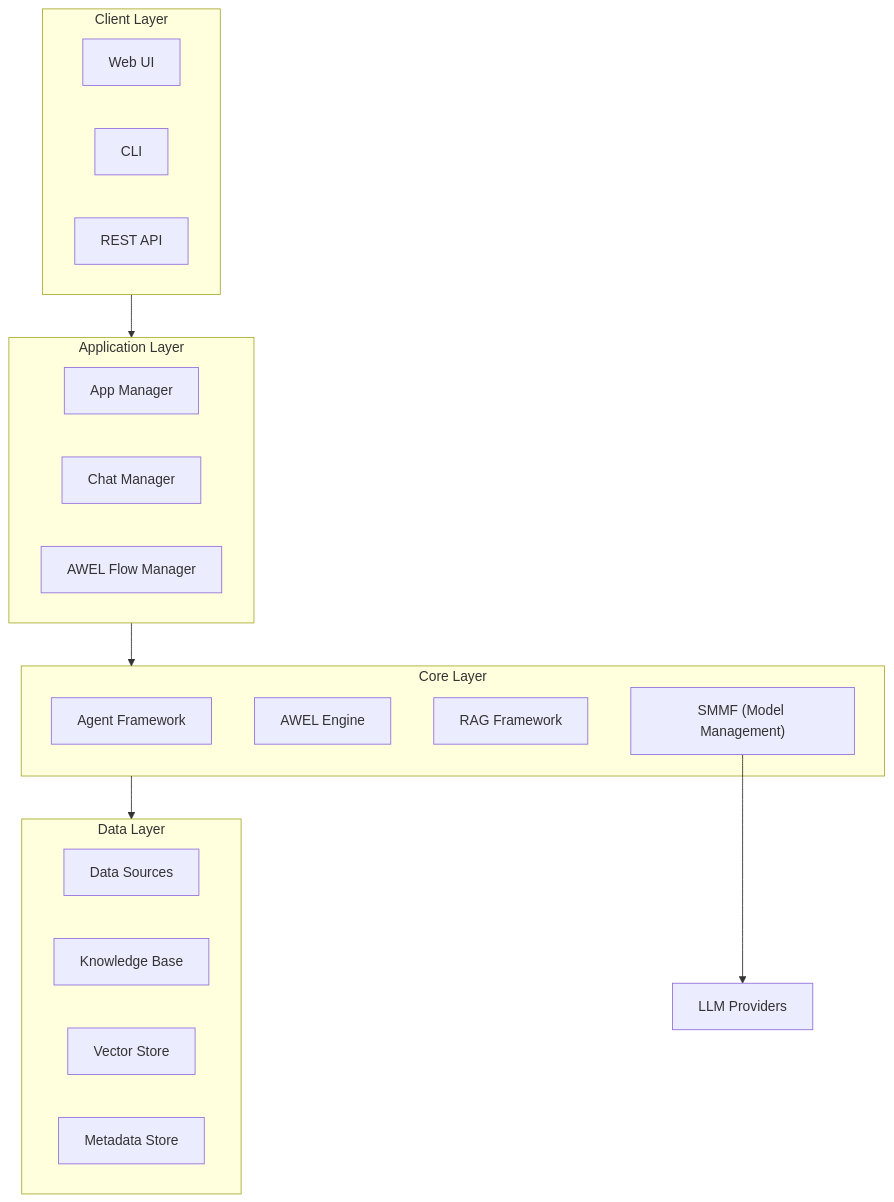
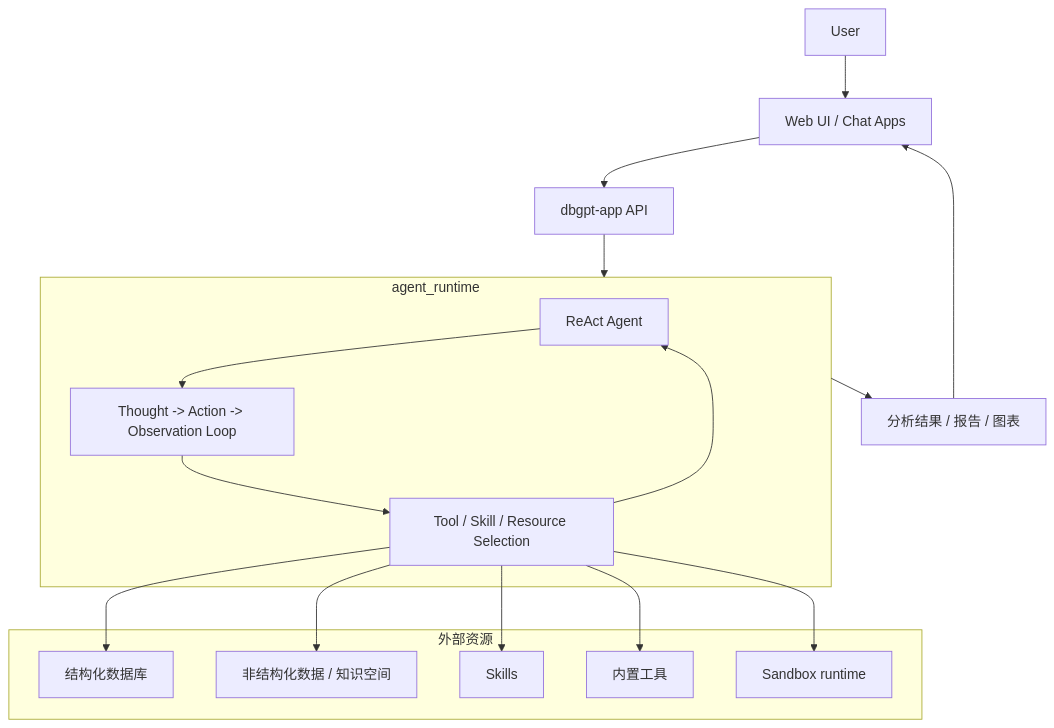
Before and after one commit to Anush008/DB-GPT: the diagram in docs/i18n/zh-CN/docusaurus-plugin-content-docs/current/getting-started/concepts/architecture.md, drawn with Mermaid. The commit also changed other lines of this file and 48 other files, not shown here.

````diff
--- a/docs/i18n/zh-CN/docusaurus-plugin-content-docs/current/getting-started/concepts/architecture.md
+++ b/docs/i18n/zh-CN/docusaurus-plugin-content-docs/current/getting-started/concepts/architecture.md
@@ -16,33 +47,31 @@
 ```mermaid
 flowchart TB
-    subgraph Client["Client Layer"]
-        WebUI["Web UI"]
-        CLI["CLI"]
-        API["REST API"]
+    User["User"] --> UI["Web UI / Chat Apps"]
+    UI --> API["dbgpt-app API"]
+
+    subgraph Runtime["agent_runtime"]
+        Agent["ReAct Agent"]
+        Loop["Thought -> Action -> Observation Loop"]
+        Action["Tool / Skill / Resource Selection"]
+        Agent --> Loop --> Action --> Agent
     end
 
-    subgraph App["Application Layer"]
-        AppMgr["App Manager"]
-        ChatMgr["Chat Manager"]
-        FlowMgr["AWEL Flow Manager"]
+    API --> Runtime
+
+    subgraph Resources["外部资源"]
+        DB["结构化数据库"]
+        KB["非结构化数据 / 知识空间"]
+        Skill["Skills"]
+        Tool["内置工具"]
+        Sandbox["Sandbox runtime"]
     end
 
-    subgraph Core["Core Layer"]
-        Agent["Agent Framework"]
-        AWEL["AWEL Engine"]
-        RAG["RAG Framework"]
-        SMMF["SMMF (Model Management)"]
-    end
+    Action --> DB
+    Action --> KB
+    Action --> Skill
+    Action --> Tool
+    Action --> Sandbox
 
-    subgraph Data["Data Layer"]
-        DS["Data Sources"]
-        KB["Knowledge Base"]
-        VectorDB["Vector Store"]
-        MetaDB["Metadata Store"]
-    end
-
-    Client --> App
-    App --> Core
-    Core --> Data
-    SMMF --> LLM["LLM Providers"]
+    Runtime --> Result["分析结果 / 报告 / 图表"]
+    Result --> UI
 ```
````
